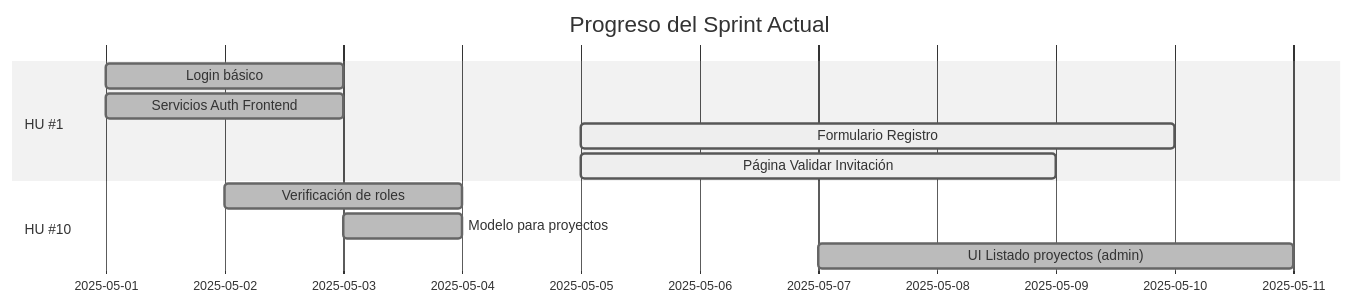
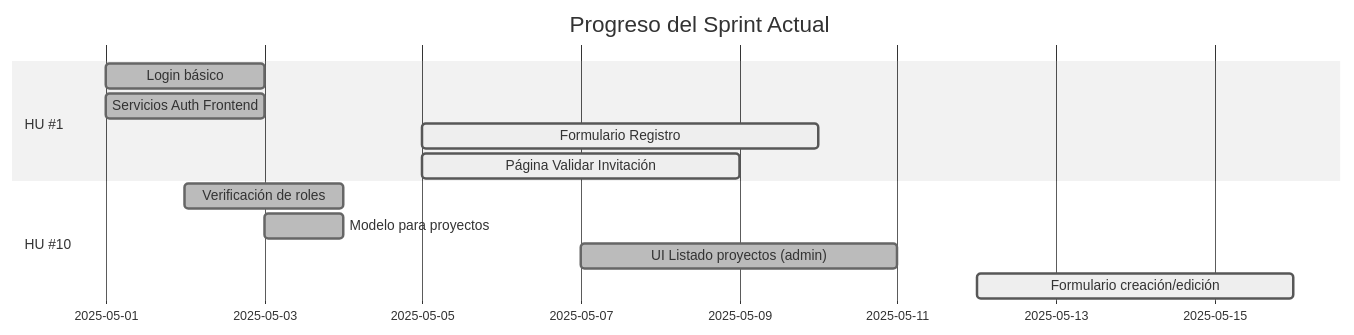
Before and after one commit to loretops/finalproject-LPS: the diagram in docs/development_status.md, drawn with Mermaid (neutral theme). The commit also changed other lines of this file and 14 other files, not shown here.

````diff
--- a/docs/development_status.md
+++ b/docs/development_status.md
@@ -14,14 +14,15 @@
 ```mermaid
 gantt
     title Progreso del Sprint Actual
     dateFormat  YYYY-MM-DD
     section HU #1
     Login básico                      :done, hu1-t1, 2025-05-01, 2d
     Servicios Auth Frontend           :done, hu1-t2, 2025-05-01, 2d
     Formulario Registro               :active, hu1-t10, 2025-05-05, 5d
     Página Validar Invitación         :active, hu1-t9, 2025-05-05, 4d
     section HU #10
     Verificación de roles             :done, hu10-t12, 2025-05-02, 2d
     Modelo para proyectos             :done, hu10-t13, 2025-05-03, 1d
     UI Listado proyectos (admin)      :done, hu10-t16, 2025-05-07, 4d
+    Formulario creación/edición       :active, hu10-t17, 2025-05-12, 4d
 ```
````
